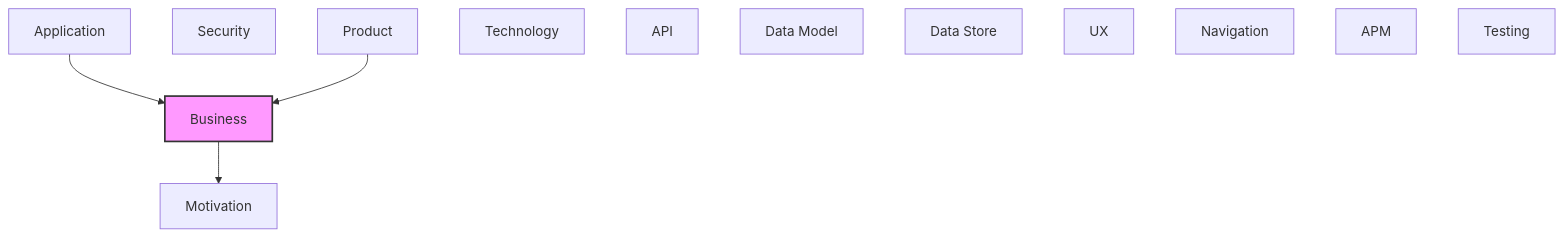
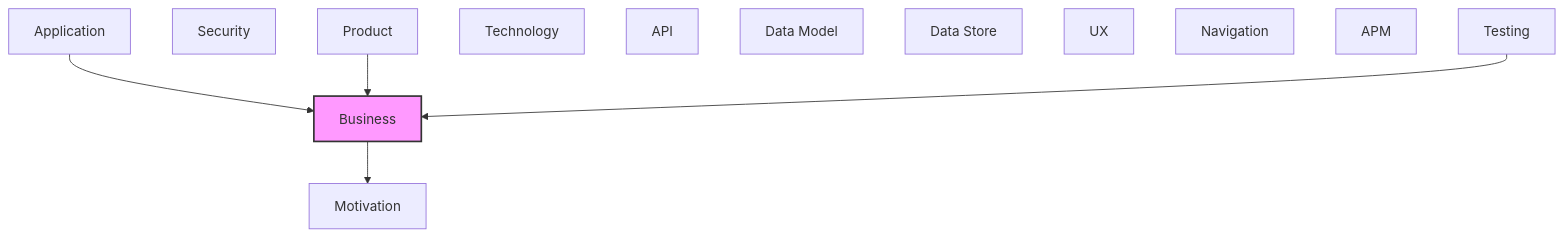
The second of 2 diagrams in documentation-robotics/reports/02-business-layer-report.md (tinkermonkey/heimdall), drawn with Mermaid before and after one commit. The commit also changed other lines of this file and 68 other files, not shown here.

````diff
--- a/documentation-robotics/reports/02-business-layer-report.md
+++ b/documentation-robotics/reports/02-business-layer-report.md
@@ -59,21 +59,22 @@
 ```mermaid
 flowchart TB
   classDef current fill:#f9f,stroke:#333,stroke-width:2px
   motivation["Motivation"]
   business["Business"]
   product["Product"]
   security["Security"]
   application["Application"]
   technology["Technology"]
   api["API"]
   data_model["Data Model"]
   data_store["Data Store"]
   ux["UX"]
   navigation["Navigation"]
   apm["APM"]
   testing["Testing"]
   application --> business
   business --> motivation
   product --> business
+  testing --> business
   class business current
 ```
````
